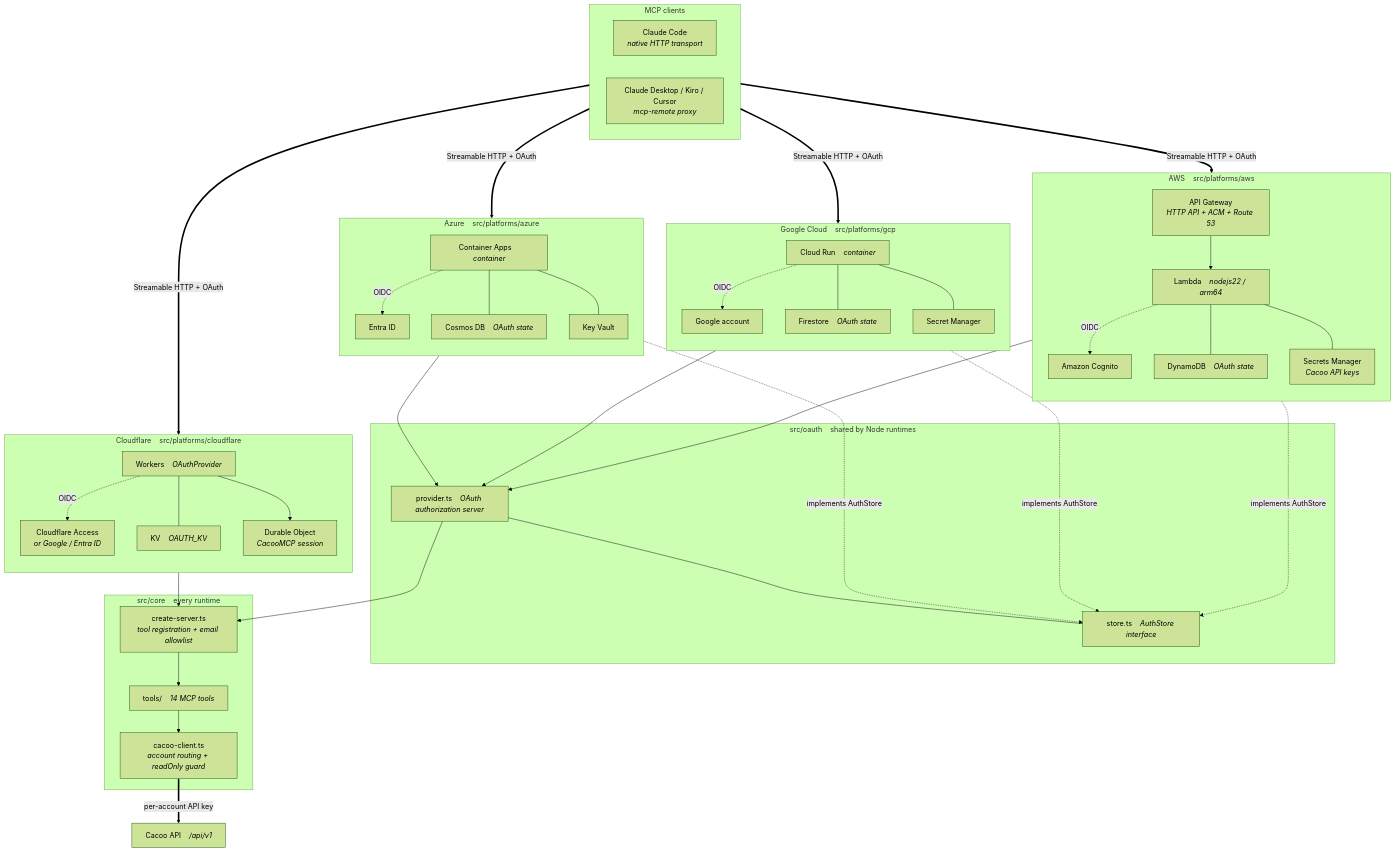
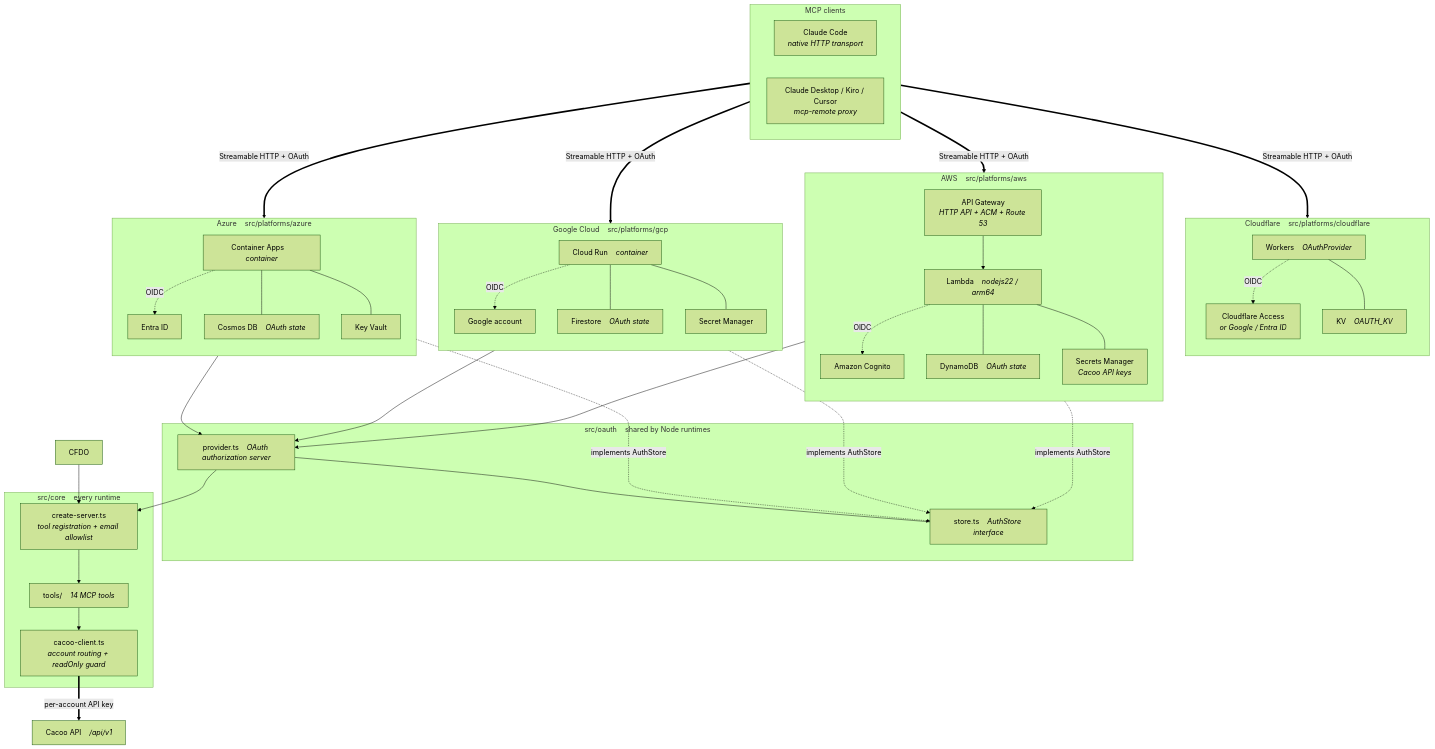
One commit to midnight480/cacoo-remote-mcp-server changed the first of 2 diagrams in README.md. Above: the diagram before and after it, drawn with Mermaid (forest theme). The commit also changed other lines of this file and 17 other files, not shown here.

```diff
--- a/README.md
+++ b/README.md
@@ -56,10 +57,8 @@
         CFW["Workers &nbsp;&nbsp; <i>OAuthProvider</i>"]
         CFA["Cloudflare Access<br/><i>or Google / Entra ID</i>"]
         CFKV["KV &nbsp;&nbsp; <i>OAUTH_KV</i>"]
-        CFDO["Durable Object<br/><i>CacooMCP session</i>"]
         CFW -. "OIDC" .-> CFA
         CFW --- CFKV
-        CFW --> CFDO
     end
 
     subgraph aws["AWS &nbsp;&nbsp; src/platforms/aws"]
```
